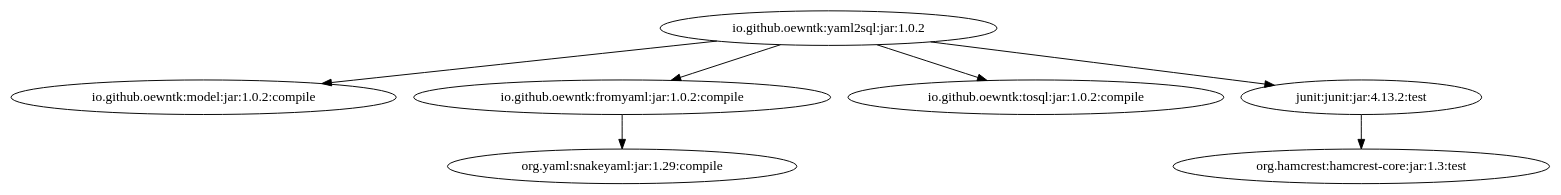
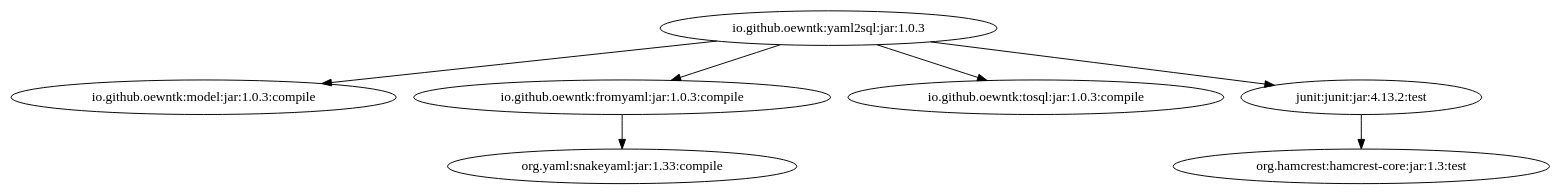
One commit to oewntk/grind_yaml2sql changed the diagram in images/grind-yaml2sql.dot. Above: the diagram before and after it, drawn with Graphviz. The commit also changed 1 other file, not shown here.

Commit message:
push to snakeyaml 1.33

```diff
--- a/images/grind-yaml2sql.dot
+++ b/images/grind-yaml2sql.dot
@@ -1,8 +1,8 @@
-digraph "io.github.oewntk:yaml2sql:jar:1.0.2" { 
-	"io.github.oewntk:yaml2sql:jar:1.0.2" -> "io.github.oewntk:model:jar:1.0.2:compile" ; 
-	"io.github.oewntk:yaml2sql:jar:1.0.2" -> "io.github.oewntk:fromyaml:jar:1.0.2:compile" ; 
-	"io.github.oewntk:yaml2sql:jar:1.0.2" -> "io.github.oewntk:tosql:jar:1.0.2:compile" ; 
-	"io.github.oewntk:yaml2sql:jar:1.0.2" -> "junit:junit:jar:4.13.2:test" ; 
-	"io.github.oewntk:fromyaml:jar:1.0.2:compile" -> "org.yaml:snakeyaml:jar:1.29:compile" ; 
+digraph "io.github.oewntk:yaml2sql:jar:1.0.3" { 
+	"io.github.oewntk:yaml2sql:jar:1.0.3" -> "io.github.oewntk:model:jar:1.0.3:compile" ; 
+	"io.github.oewntk:yaml2sql:jar:1.0.3" -> "io.github.oewntk:fromyaml:jar:1.0.3:compile" ; 
+	"io.github.oewntk:yaml2sql:jar:1.0.3" -> "io.github.oewntk:tosql:jar:1.0.3:compile" ; 
+	"io.github.oewntk:yaml2sql:jar:1.0.3" -> "junit:junit:jar:4.13.2:test" ; 
+	"io.github.oewntk:fromyaml:jar:1.0.3:compile" -> "org.yaml:snakeyaml:jar:1.33:compile" ; 
 	"junit:junit:jar:4.13.2:test" -> "org.hamcrest:hamcrest-core:jar:1.3:test" ; 
  } 
```
